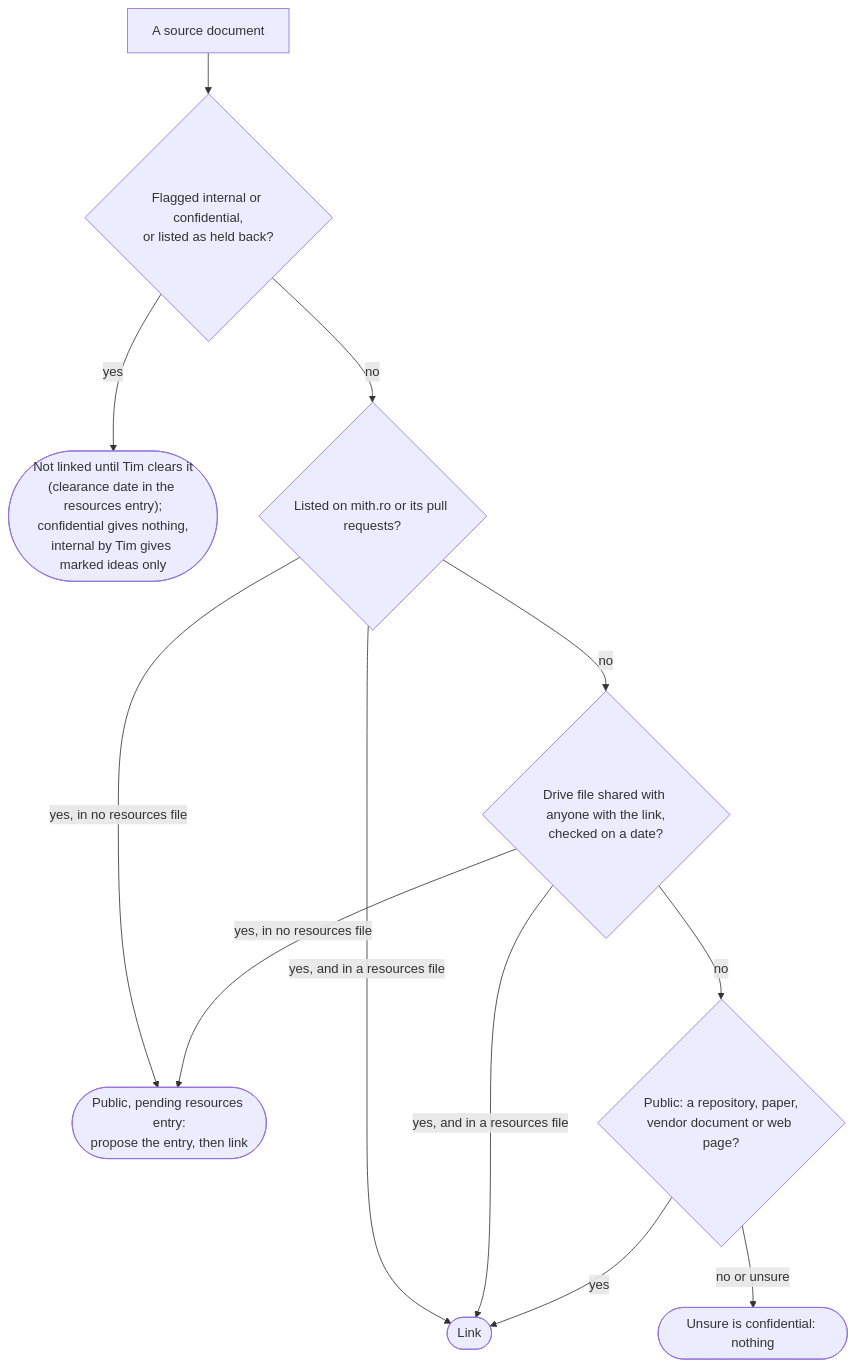
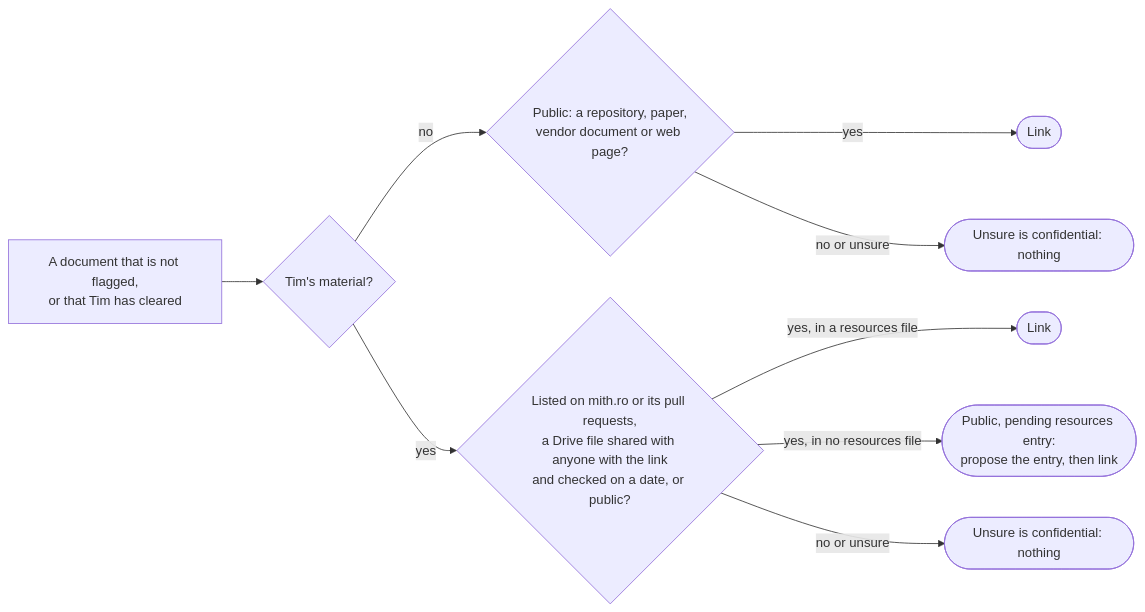
One commit to mithro/open-silicon-hitlist changed the fourth of 4 diagrams in GUIDELINES.md. Above: the diagram before and after it, drawn with Mermaid. The commit also changed other lines of this file and 2 other files, not shown here.

````diff
--- a/GUIDELINES.md
+++ b/GUIDELINES.md
@@ -549,14 +559,11 @@
 ```mermaid
-flowchart TD
-  A["A source document"] --> B{"Flagged internal or confidential,<br/>or listed as held back?"}
-  B -->|yes| N1(["Not linked until Tim clears it<br/>(clearance date in the resources entry);<br/>confidential gives nothing,<br/>internal by Tim gives marked ideas only"])
-  B -->|no| C{"Listed on mith.ro or its pull requests?"}
-  C -->|yes, and in a resources file| L(["Link"])
-  C -->|yes, in no resources file| P
-  C -->|no| D{"Drive file shared with anyone with the link,<br/>checked on a date?"}
-  D -->|yes, and in a resources file| L
-  D -->|yes, in no resources file| P(["Public, pending resources entry:<br/>propose the entry, then link"])
+flowchart LR
+  C["A document that is not flagged,<br/>or that Tim has cleared"] --> D{"Tim's material?"}
   D -->|no| E{"Public: a repository, paper,<br/>vendor document or web page?"}
-  E -->|yes| L
-  E -->|no or unsure| N2(["Unsure is confidential: nothing"])
+  E -->|yes| L1(["Link"])
+  E -->|no or unsure| N1(["Unsure is confidential: nothing"])
+  D -->|yes| F{"Listed on mith.ro or its pull requests,<br/>a Drive file shared with anyone with the link<br/>and checked on a date, or public?"}
+  F -->|yes, in a resources file| L2(["Link"])
+  F -->|yes, in no resources file| P(["Public, pending resources entry:<br/>propose the entry, then link"])
+  F -->|no or unsure| N2(["Unsure is confidential: nothing"])
 ```
````
